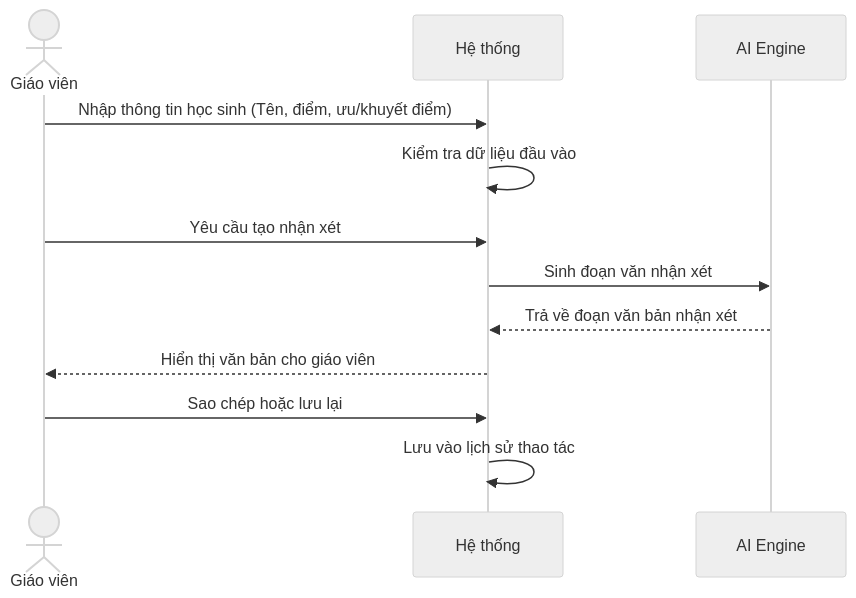
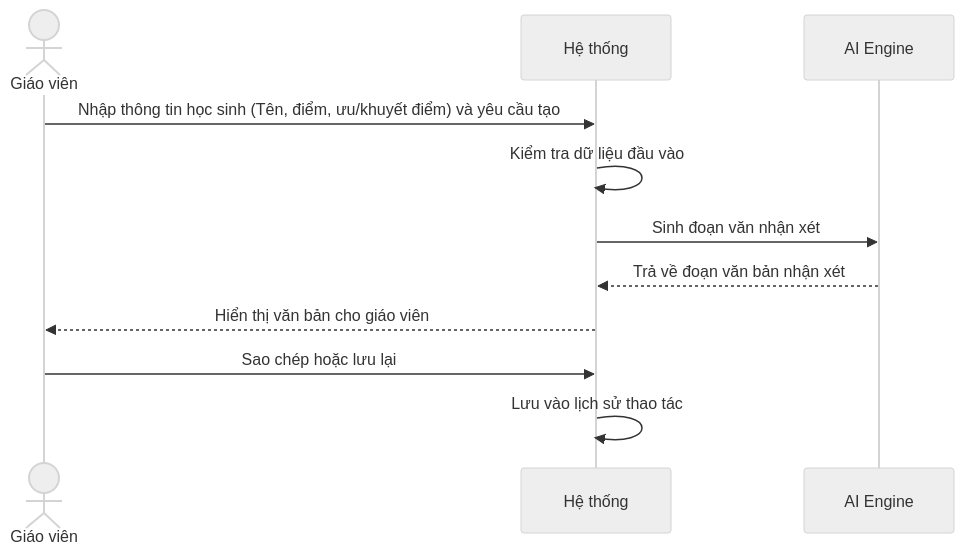
The third of 4 diagrams in docs/usecase/nhom_2_assessment_feedback.md (Cong-ty-TNNH-Q-Tech/Q-School), drawn with Mermaid (neutral theme) before and after one commit. The commit also changed other lines of this file and 4 other files, not shown here.

Commit message:
docs(usecase): standardize all tables and sequence diagrams, fix temporal logic and AI roles

````diff
--- a/docs/usecase/nhom_2_assessment_feedback.md
+++ b/docs/usecase/nhom_2_assessment_feedback.md
@@ -86,15 +80,14 @@
 ```mermaid
 sequenceDiagram
     actor GV as Giáo viên
     participant HT as Hệ thống
     participant AI as AI Engine
 
-    GV->>HT: Nhập thông tin học sinh (Tên, điểm, ưu/khuyết điểm)
+    GV->>HT: Nhập thông tin học sinh (Tên, điểm, ưu/khuyết điểm) và yêu cầu tạo
     HT->>HT: Kiểm tra dữ liệu đầu vào
-    GV->>HT: Yêu cầu tạo nhận xét
     HT->>AI: Sinh đoạn văn nhận xét
     AI-->>HT: Trả về đoạn văn bản nhận xét
     HT-->>GV: Hiển thị văn bản cho giáo viên
     GV->>HT: Sao chép hoặc lưu lại
     HT->>HT: Lưu vào lịch sử thao tác
 ```
````
